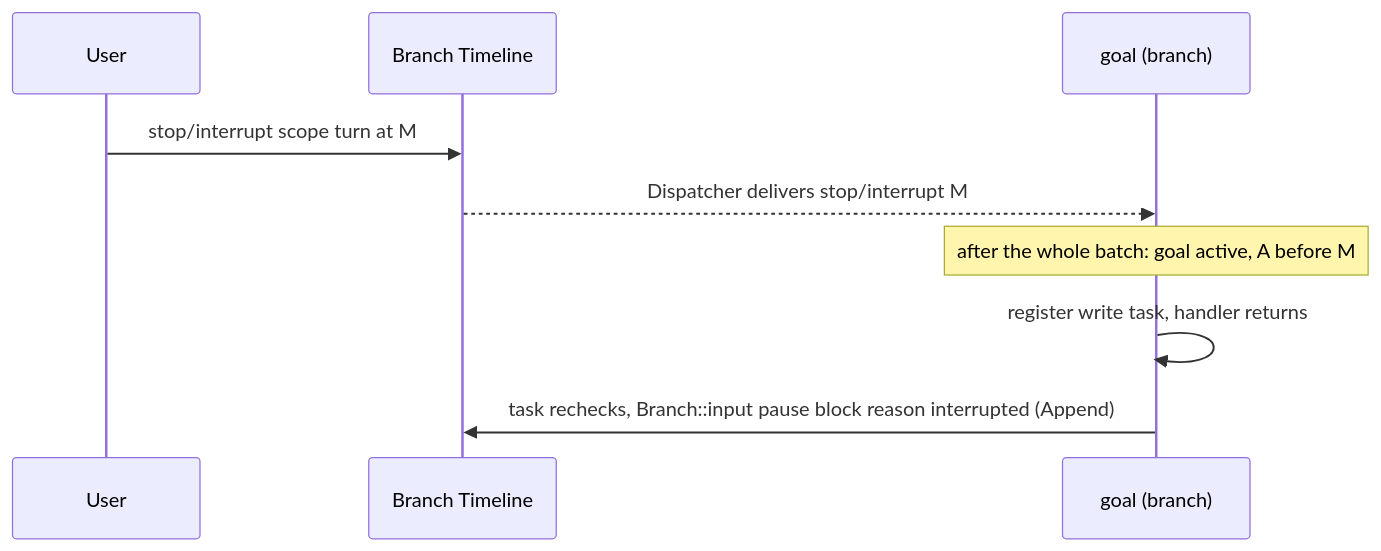
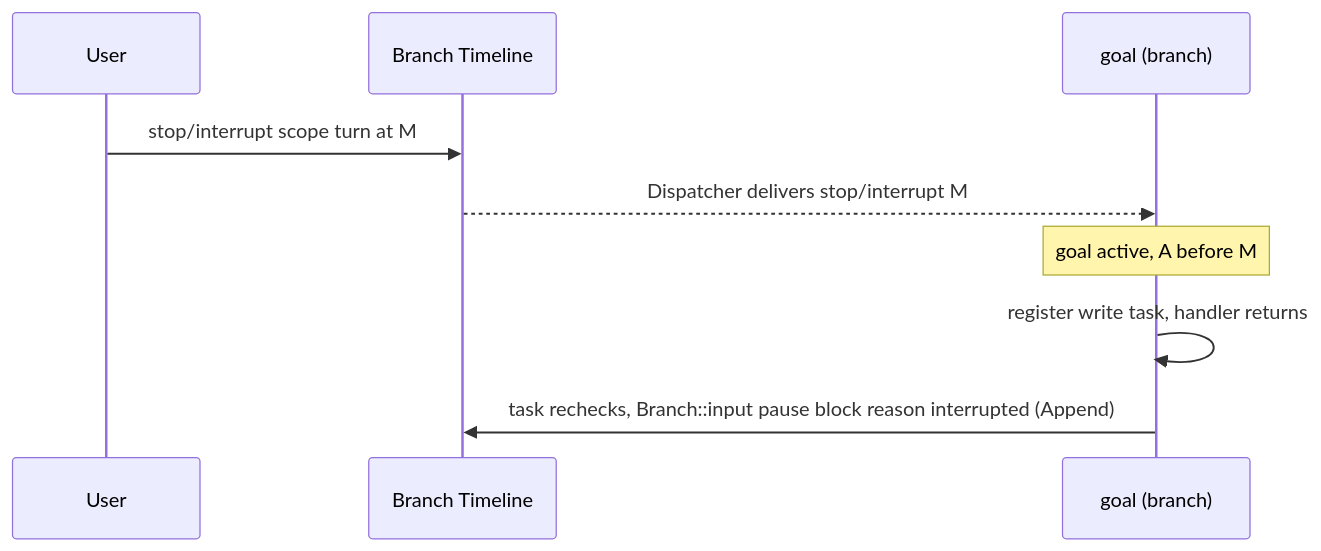
One commit to CoutinhoTTS/dim-agent changed the fifth of 7 diagrams in docs/design/plugins/Goal.md. Above: the diagram before and after it, drawn with Mermaid. The commit also changed other lines of this file and 9 other files, not shown here.

````diff
--- a/docs/design/plugins/Goal.md
+++ b/docs/design/plugins/Goal.md
@@ -150,11 +150,11 @@
 ```mermaid
 sequenceDiagram
   participant User
   participant TL as Branch Timeline
   participant G as goal (branch)
   User->>TL: stop/interrupt scope turn at M
   TL-->>G: Dispatcher delivers stop/interrupt M
-  Note over G: after the whole batch: goal active, A before M
+  Note over G: goal active, A before M
   G->>G: register write task, handler returns
   G->>TL: task rechecks, Branch::input pause block reason interrupted (Append)
 ```
````
